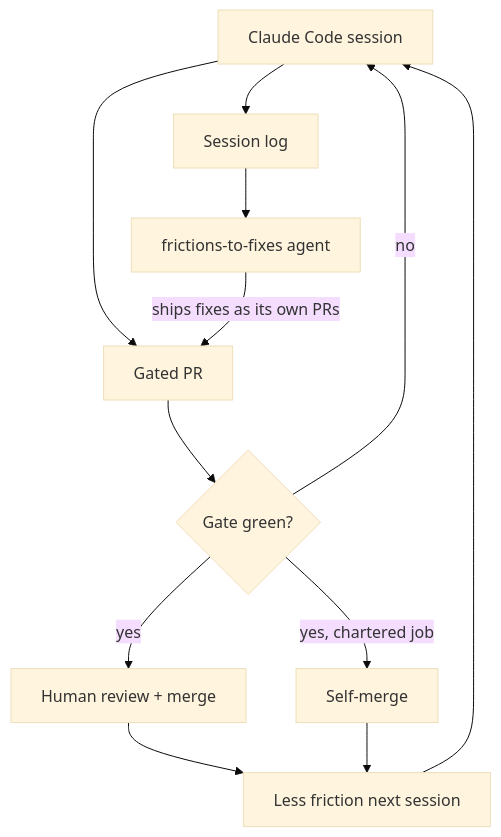
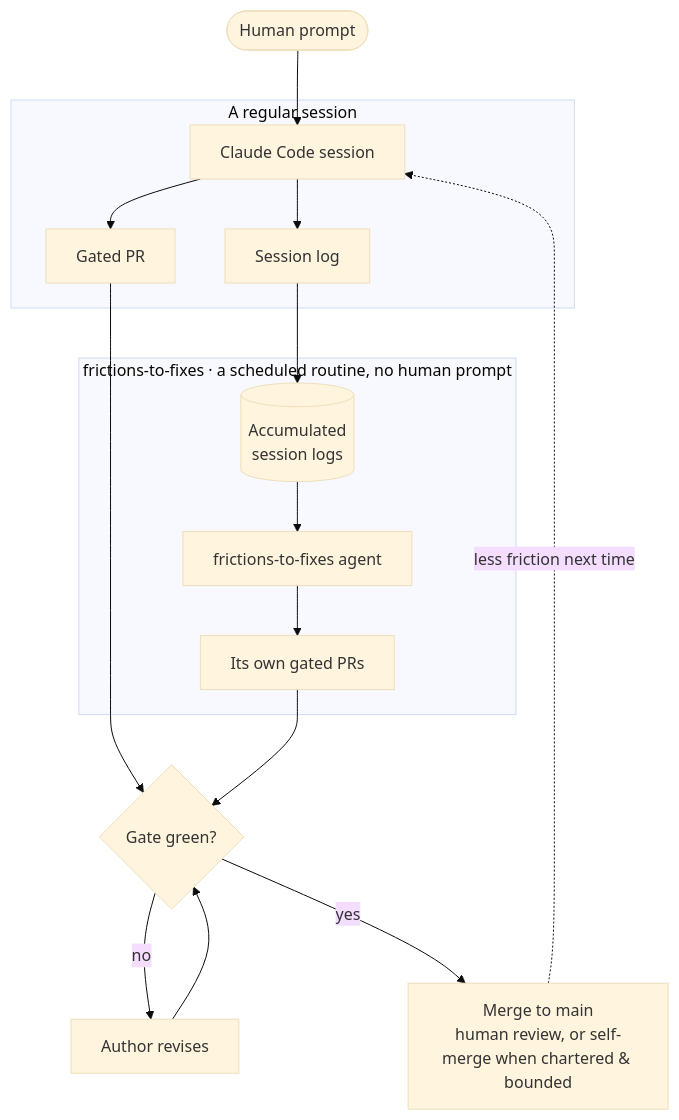
The diagram in layers/journal/content/current/pages/how-it-works.md (feffef/terrarium), drawn with Mermaid (base theme) before and after one commit. The commit also changed 2 other files, not shown here.

Commit message:
Redraw the workflow diagram: frictions-to-fixes is a separate actor (#364)
The first draft threaded the frictions-to-fixes agent through the regular
session's linear flow (session → session log → frictions-to-fixes → PR), as if
it were a step in the session. It isn't: it's a separate, schedule-triggered
routine (no human prompt) that reads the *accumulated* session logs and opens
its *own* PRs into the same gate (how-it-works prose; ADR-0003/0009).

Redraw with two subgraphs — "a regular session" and the "frictions-to-fixes
routine" — that meet only at the shared gate and the session-log artifact the
routine consumes. Both PR sources converge on one "Gate green?" decision, and
the merge loops back as less friction for the next session.

Also map mermaid's `clusterBkg`/`clusterBorder` into the `--diagram-*` contract
(journal → `--jd-surface`/`--jd-line`) so the newly-introduced subgraph boxes
stay on-palette, matching the earlier node/edge theming.

Claude-Session: https://claude.ai/code/session_01TzvXVHT9zk5TDPhSpm7Vkb

````diff
--- a/layers/journal/content/current/pages/how-it-works.md
+++ b/layers/journal/content/current/pages/how-it-works.md
@@ -36,14 +36,22 @@
 ```mermaid
 graph TD
-  Session[Claude Code session] --> PR[Gated PR]
-  PR --> Gate{Gate green?}
-  Gate -->|no| Session
-  Gate -->|yes| Human[Human review + merge]
-  Gate -->|yes, chartered job| Self[Self-merge]
-  Session --> Log[Session log]
-  Log --> Fixer[frictions-to-fixes agent]
-  Fixer -->|ships fixes as its own PRs| PR
-  Human --> Next[Less friction next session]
-  Self --> Next
-  Next --> Session
+  Human(["Human prompt"]) --> Session
+
+  subgraph sess ["A regular session"]
+    Session["Claude Code session"] --> PR["Gated PR"]
+    Session --> Log["Session log"]
+  end
+
+  subgraph routine ["frictions-to-fixes · a scheduled routine, no human prompt"]
+    Pool[("Accumulated<br/>session logs")] --> Fixer["frictions-to-fixes agent"]
+    Fixer --> FixPR["Its own gated PRs"]
+  end
+
+  Log --> Pool
+  PR --> Gate{"Gate green?"}
+  FixPR --> Gate
+  Gate -->|no| Revise["Author revises"]
+  Revise --> Gate
+  Gate -->|yes| Merge["Merge to main<br/>human review, or self-merge when chartered &amp; bounded"]
+  Merge -.->|less friction next time| Session
 ```
````
